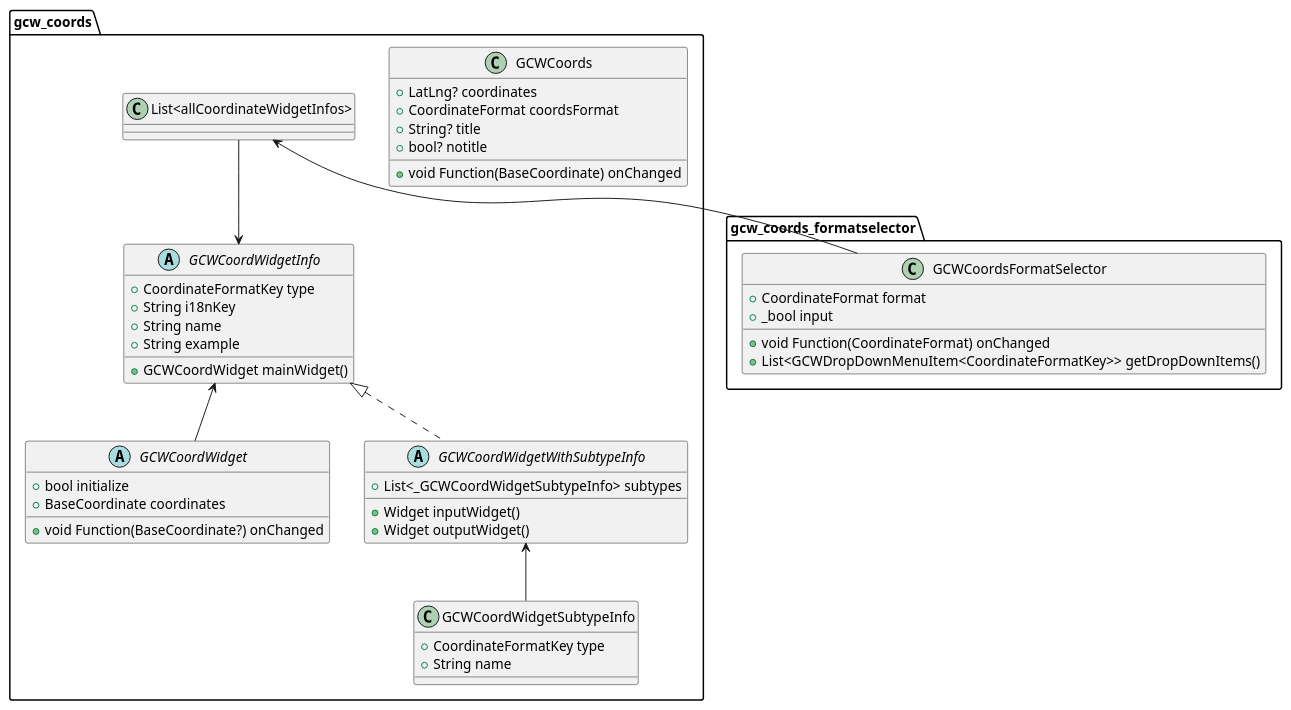
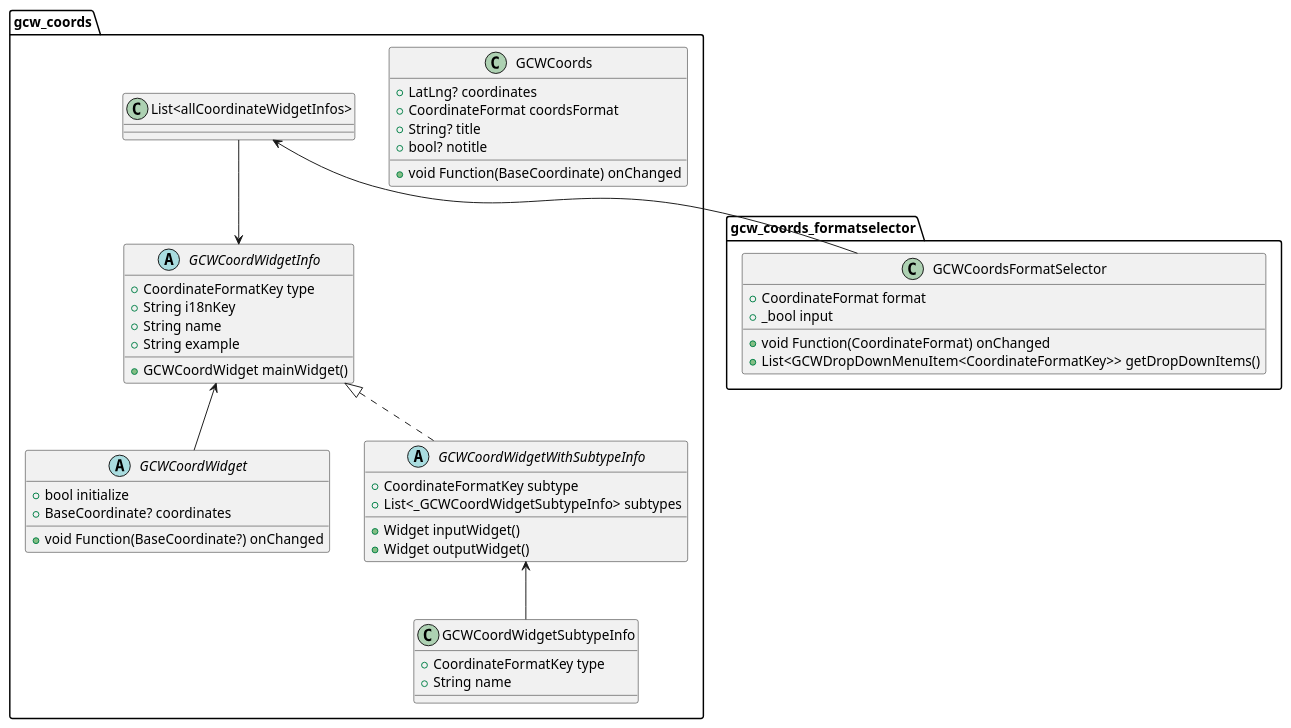
The diagram in lib/tools/coords/_common/widget/coordinates.puml (S-Man42/GCWizard), drawn with PlantUML before and after one commit.

```diff
--- a/lib/tools/coords/_common/widget/coordinates.puml
+++ b/lib/tools/coords/_common/widget/coordinates.puml
@@ -1,50 +1,51 @@
 @startuml
 'https://plantuml.com/sequence-diagram
 
 class "gcw_coords_formatselector.GCWCoordsFormatSelector" {
   +void Function(CoordinateFormat) onChanged
   +CoordinateFormat format
   +_bool input
   +List<GCWDropDownMenuItem<CoordinateFormatKey>> getDropDownItems()
 }
 
 abstract class "gcw_coords.GCWCoordWidget" {
   +bool initialize
-  +BaseCoordinate coordinates
+  +BaseCoordinate? coordinates
   +void Function(BaseCoordinate?) onChanged
 }
 
 abstract class "gcw_coords.GCWCoordWidgetInfo" {
   +CoordinateFormatKey type
   +String i18nKey
   +String name
   +String example
   +GCWCoordWidget mainWidget()
 }
 
 class "gcw_coords.GCWCoordWidgetSubtypeInfo" {
   +CoordinateFormatKey type
   +String name
 }
 
 abstract class "gcw_coords.GCWCoordWidgetWithSubtypeInfo" {
+  +CoordinateFormatKey subtype
   +List<_GCWCoordWidgetSubtypeInfo> subtypes
   +Widget inputWidget()
   +Widget outputWidget()
 }
 "gcw_coords.GCWCoordWidgetInfo" <|.. "gcw_coords.GCWCoordWidgetWithSubtypeInfo"
 "gcw_coords.GCWCoordWidgetWithSubtypeInfo" <-- "gcw_coords.GCWCoordWidgetSubtypeInfo"
 
 
 class "gcw_coords.GCWCoords" {
   +void Function(BaseCoordinate) onChanged
   +LatLng? coordinates
   +CoordinateFormat coordsFormat
   +String? title
   +bool? notitle
 }
 
 "gcw_coords.List<allCoordinateWidgetInfos>" --> "gcw_coords.GCWCoordWidgetInfo"
 "gcw_coords.List<allCoordinateWidgetInfos>" <-- "gcw_coords_formatselector.GCWCoordsFormatSelector"
 "gcw_coords.GCWCoordWidgetInfo" <-- "gcw_coords.GCWCoordWidget"
 @enduml
```
